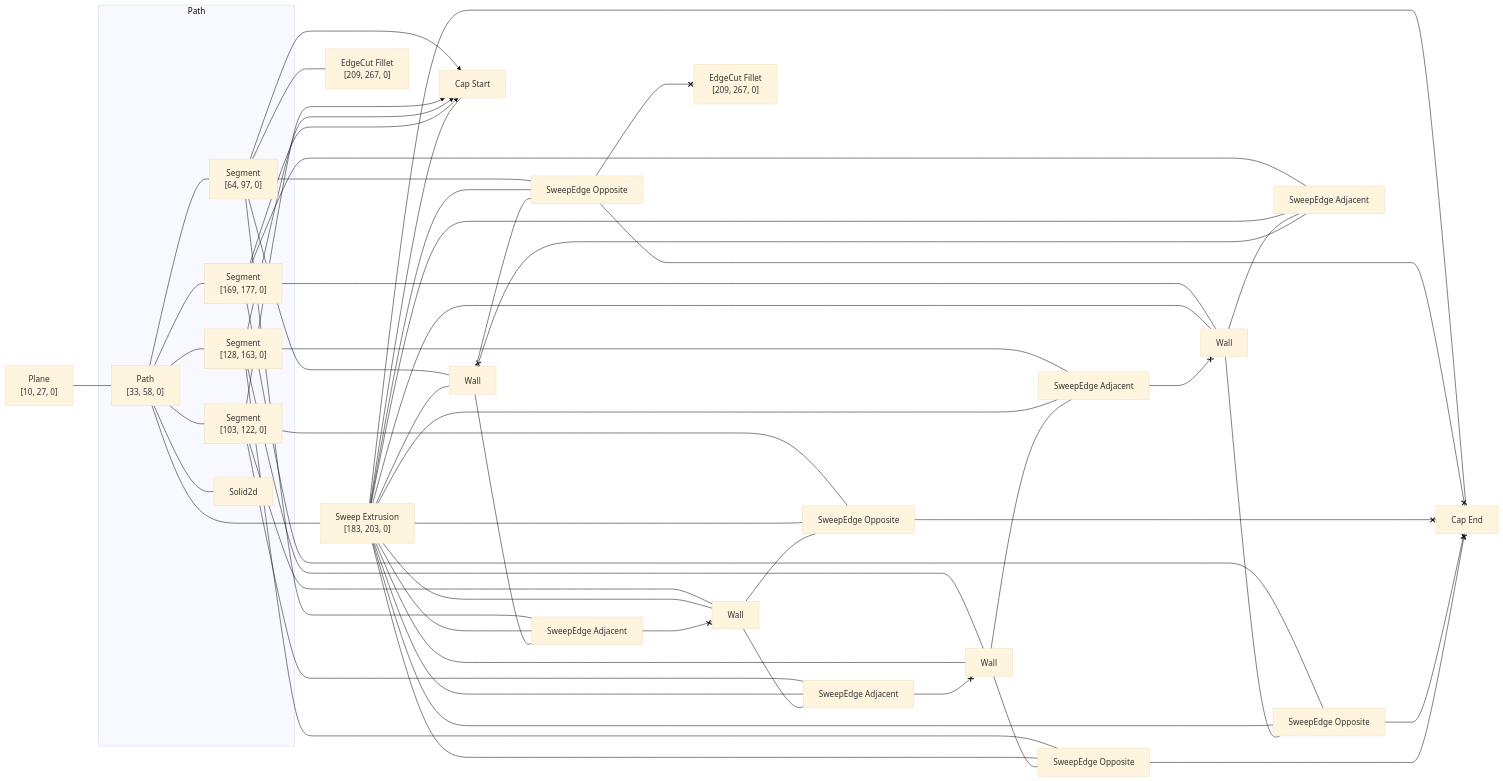
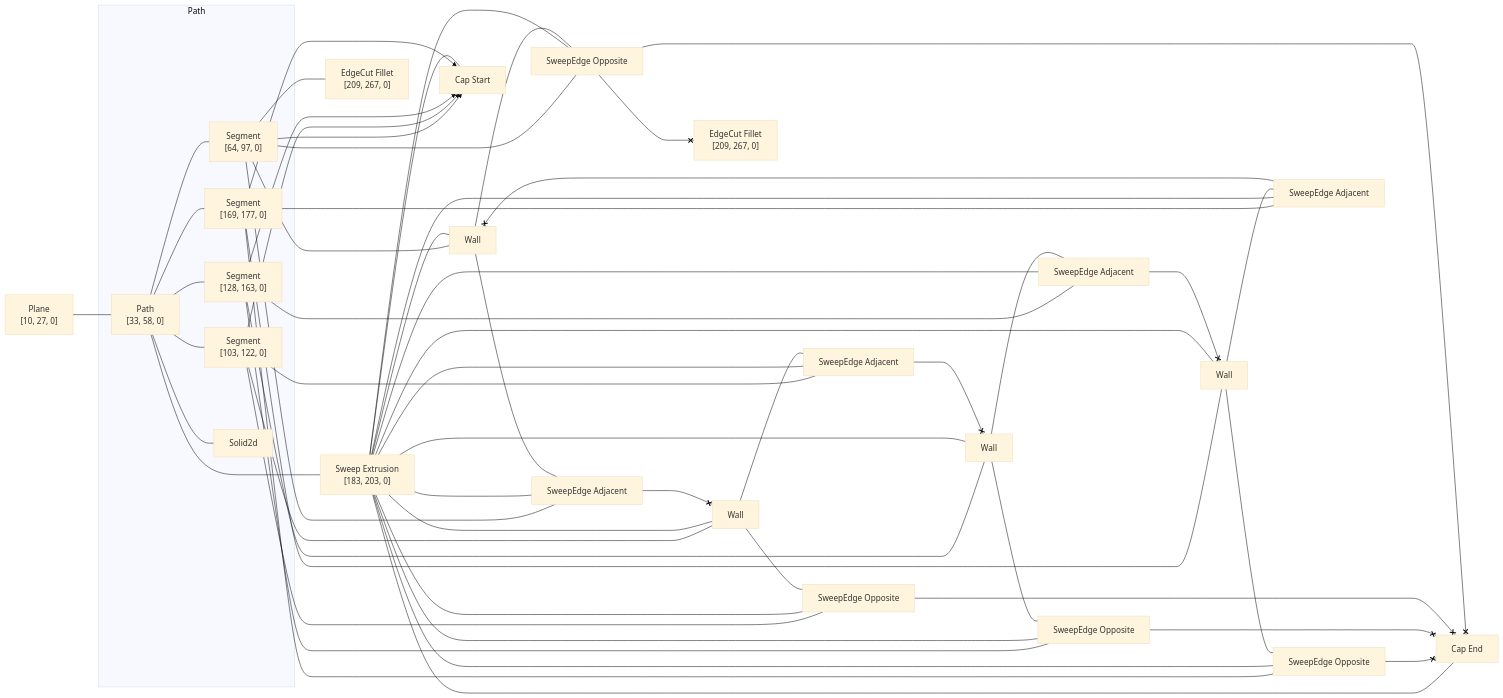
One commit to rajgandhi1/modeling-app changed the diagram in rust/kcl-lib/tests/basic_fillet_cube_end/artifact_graph_flowchart.snap.md. Above: the diagram before and after it, drawn with Mermaid (base theme). The commit also changed 101 other files, not shown here.

````diff
--- a/rust/kcl-lib/tests/basic_fillet_cube_end/artifact_graph_flowchart.snap.md
+++ b/rust/kcl-lib/tests/basic_fillet_cube_end/artifact_graph_flowchart.snap.md
@@ -35,21 +35,21 @@
   2 ---- 8
   3 --- 12
   3 x--> 13
-  3 --- 15
-  3 --- 21
+  3 --- 18
+  3 --- 22
   3 --- 24
   4 --- 10
   4 x--> 13
-  4 --- 16
-  4 --- 20
+  4 --- 17
+  4 --- 21
   5 --- 9
   5 x--> 13
-  5 --- 18
-  5 --- 19
+  5 --- 16
+  5 --- 20
   6 --- 11
   6 x--> 13
-  6 --- 17
-  6 --- 22
+  6 --- 15
+  6 --- 19
   8 --- 9
   8 --- 10
   8 --- 11
@@ -64,21 +64,21 @@
   8 --- 20
   8 --- 21
   8 --- 22
-  9 --- 18
-  9 --- 19
-  20 <--x 9
-  10 --- 16
-  10 --- 20
-  21 <--x 10
-  11 --- 17
-  19 <--x 11
-  11 --- 22
-  12 --- 15
-  12 --- 21
-  22 <--x 12
+  9 --- 16
+  9 --- 20
+  21 <--x 9
+  10 --- 17
+  10 --- 21
+  22 <--x 10
+  11 --- 15
+  11 --- 19
+  20 <--x 11
+  12 --- 18
+  19 <--x 12
+  12 --- 22
   15 <--x 14
   16 <--x 14
   17 <--x 14
   18 <--x 14
-  15 <--x 23
+  18 <--x 23
 ```
````
